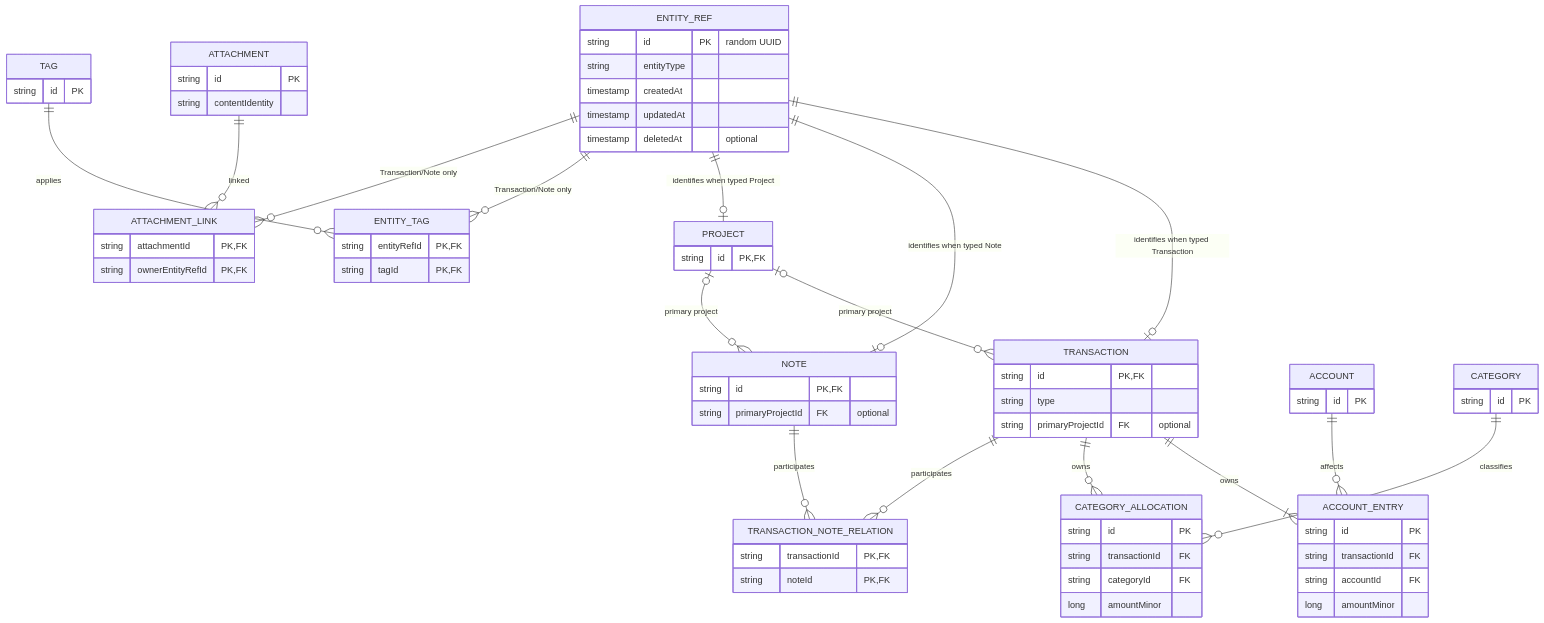
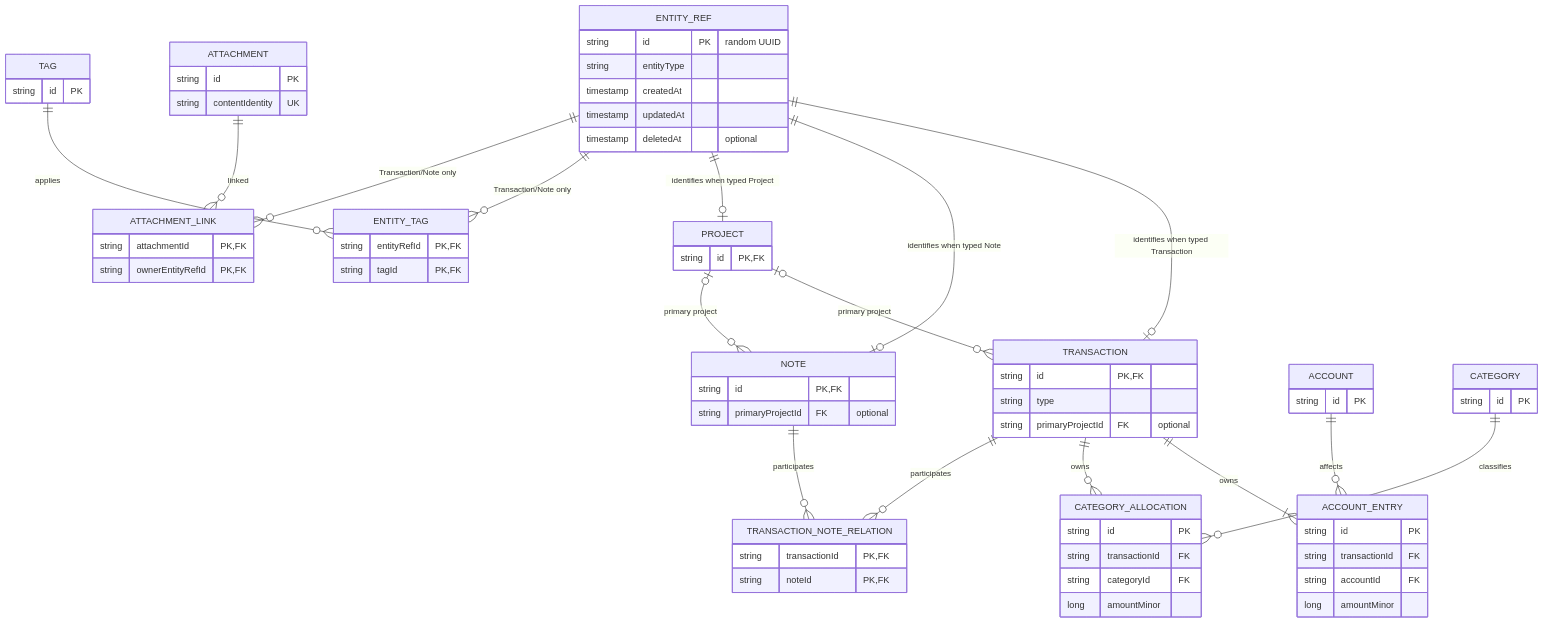
Before and after one commit to paher-din/record: the diagram in docs/architecture/domain-model.md, drawn with Mermaid. The commit also changed other lines of this file and 11 other files, not shown here.

````diff
--- a/docs/architecture/domain-model.md
+++ b/docs/architecture/domain-model.md
@@ -15,78 +15,78 @@
 ```mermaid
 erDiagram
     ENTITY_REF {
         string id PK "random UUID"
         string entityType
         timestamp createdAt
         timestamp updatedAt
         timestamp deletedAt "optional"
     }
     TRANSACTION {
         string id PK,FK
         string type
         string primaryProjectId FK "optional"
     }
     NOTE {
         string id PK,FK
         string primaryProjectId FK "optional"
     }
     PROJECT {
         string id PK,FK
     }
     ACCOUNT {
         string id PK
     }
     CATEGORY {
         string id PK
     }
     ACCOUNT_ENTRY {
         string id PK
         string transactionId FK
         string accountId FK
         long amountMinor
     }
     CATEGORY_ALLOCATION {
         string id PK
         string transactionId FK
         string categoryId FK
         long amountMinor
     }
     TRANSACTION_NOTE_RELATION {
         string transactionId PK,FK
         string noteId PK,FK
     }
     TAG {
         string id PK
     }
     ENTITY_TAG {
         string entityRefId PK,FK
         string tagId PK,FK
     }
     ATTACHMENT {
         string id PK
-        string contentIdentity
+        string contentIdentity UK
     }
     ATTACHMENT_LINK {
         string attachmentId PK,FK
         string ownerEntityRefId PK,FK
     }
 
     ENTITY_REF ||--o| TRANSACTION : "identifies when typed Transaction"
     ENTITY_REF ||--o| NOTE : "identifies when typed Note"
     ENTITY_REF ||--o| PROJECT : "identifies when typed Project"
 
     TRANSACTION ||--|{ ACCOUNT_ENTRY : owns
     ACCOUNT ||--o{ ACCOUNT_ENTRY : affects
     TRANSACTION ||--o{ CATEGORY_ALLOCATION : owns
     CATEGORY ||--o{ CATEGORY_ALLOCATION : classifies
 
     TRANSACTION ||--o{ TRANSACTION_NOTE_RELATION : participates
     NOTE ||--o{ TRANSACTION_NOTE_RELATION : participates
     PROJECT o|--o{ TRANSACTION : "primary project"
     PROJECT o|--o{ NOTE : "primary project"
 
     ENTITY_REF ||--o{ ENTITY_TAG : "Transaction/Note only"
     TAG ||--o{ ENTITY_TAG : applies
     ENTITY_REF ||--o{ ATTACHMENT_LINK : "Transaction/Note only"
     ATTACHMENT ||--o{ ATTACHMENT_LINK : linked
 ```
````
